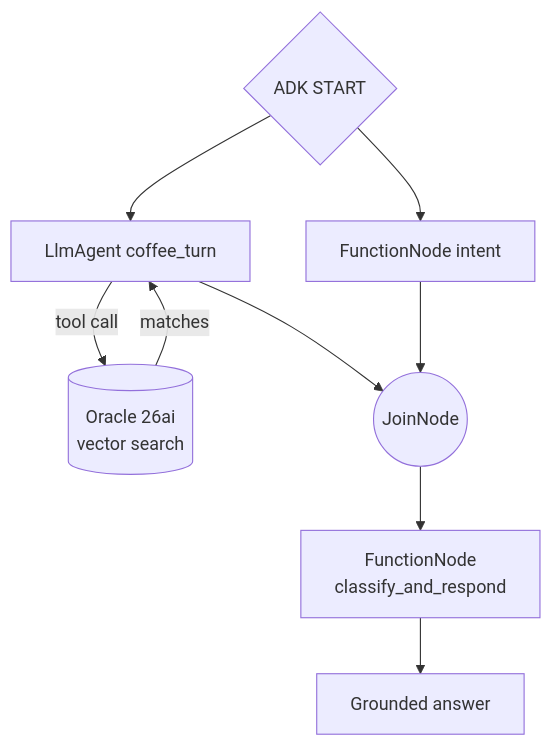
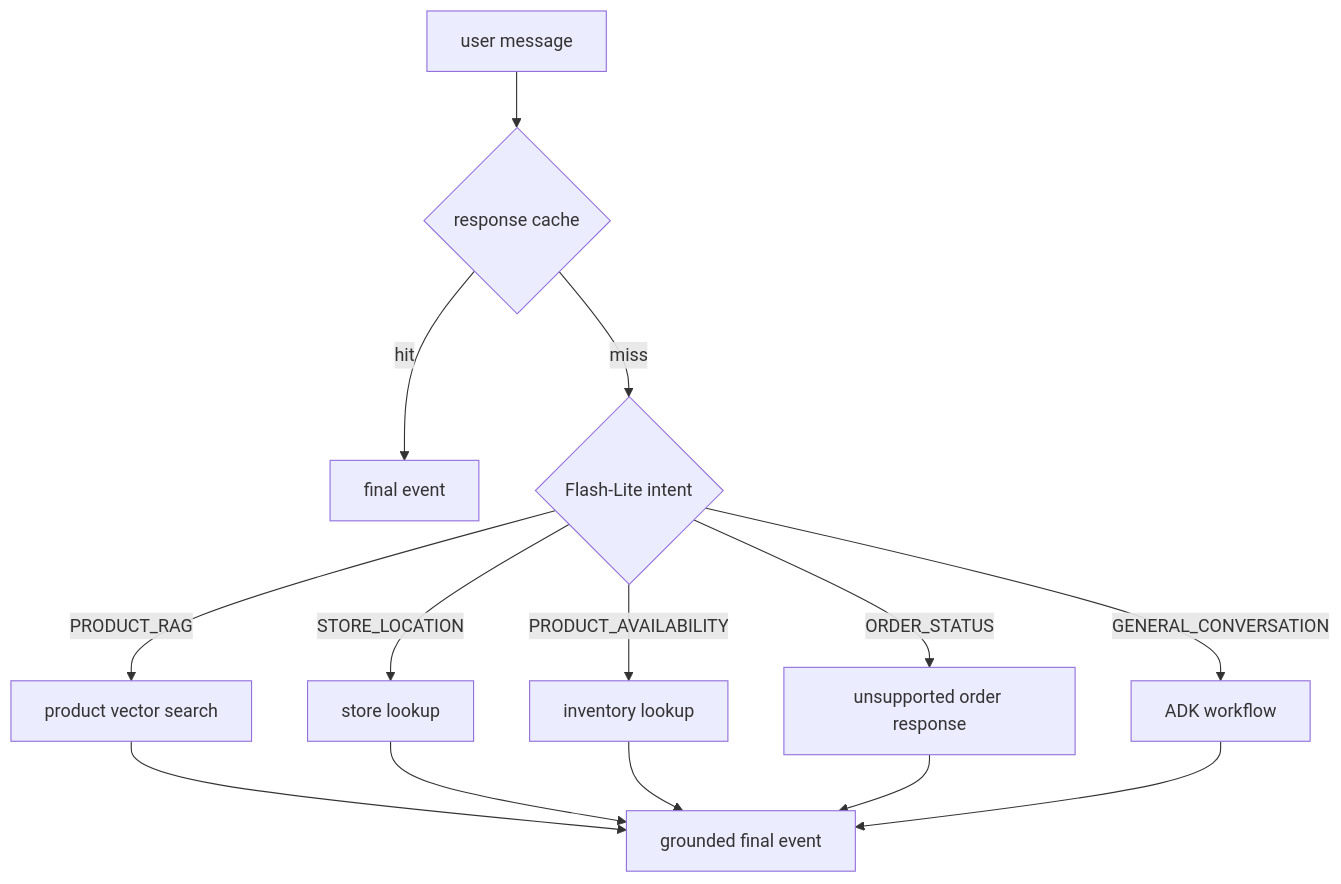
One commit to cofin/oracledb-vertexai-demo changed the diagram in docs/concepts/agent-flow.md. Above: the diagram before and after it, drawn with Mermaid. The commit also changed other lines of this file and 44 other files, not shown here.

````diff
--- a/docs/concepts/agent-flow.md
+++ b/docs/concepts/agent-flow.md
@@ -9,11 +8,16 @@
 ```{mermaid}
 flowchart TD
-    S{ADK START} --> A[LlmAgent coffee_turn]
-    S --> I[FunctionNode intent]
-    A -- tool call --> O[(Oracle 26ai<br/>vector search)]
-    O -- matches --> A
-    A --> J((JoinNode))
-    I --> J
-    J --> M[FunctionNode<br/>classify_and_respond]
-    M --> R[Grounded answer]
+    Q[user message] --> C{response cache}
+    C -->|hit| H[final event]
+    C -->|miss| I{Flash-Lite intent}
+    I -->|PRODUCT_RAG| P[product vector search]
+    I -->|STORE_LOCATION| S[store lookup]
+    I -->|PRODUCT_AVAILABILITY| A[inventory lookup]
+    I -->|ORDER_STATUS| U[unsupported order response]
+    I -->|GENERAL_CONVERSATION| W[ADK workflow]
+    P --> F[grounded final event]
+    S --> F
+    A --> F
+    U --> F
+    W --> F
 ```
````
